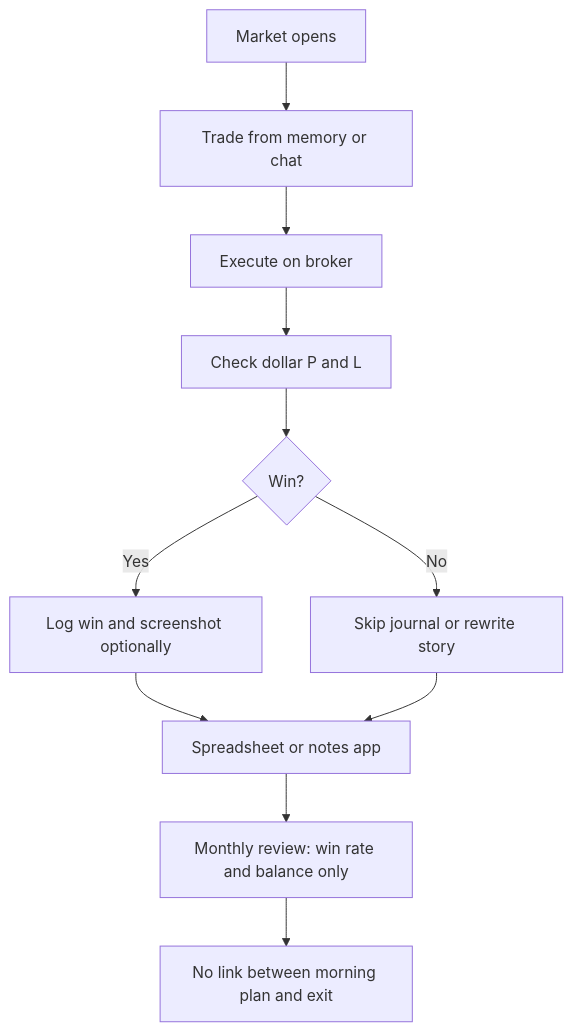
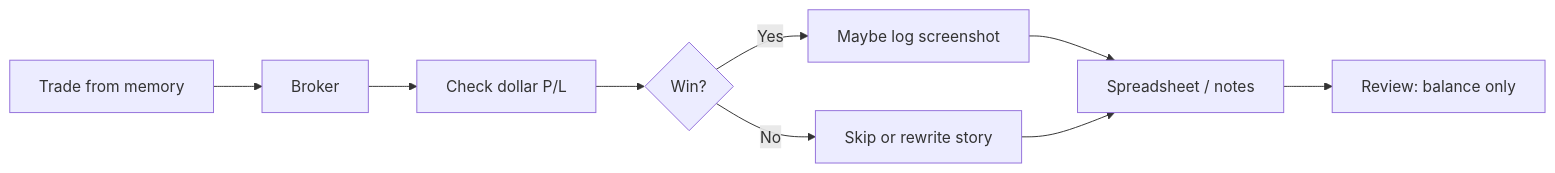
The first of 3 diagrams in docs/05-process-as-is-to-be.md (jah-guide/journalx-dashboard), drawn with Mermaid before and after one commit. The commit also changed other lines of this file, not shown here.

Commit message:
docs: simplify as-is vs to-be process diagrams

````diff
--- a/docs/05-process-as-is-to-be.md
+++ b/docs/05-process-as-is-to-be.md
@@ -13,13 +21,21 @@
 ```mermaid
-flowchart TD
-  A[Market opens] --> B[Trade from memory or chat]
-  B --> C[Execute on broker]
-  C --> D[Check dollar P and L]
-  D --> E{Win?}
-  E -->|Yes| F[Log win and screenshot optionally]
-  E -->|No| G[Skip journal or rewrite story]
-  F --> H[Spreadsheet or notes app]
-  G --> H
-  H --> I[Monthly review: win rate and balance only]
-  I --> J[No link between morning plan and exit]
+
+flowchart LR
+
+  A[Trade from memory] --> B[Broker]
+
+  B --> C[Check dollar P/L]
+
+  C --> D{Win?}
+
+  D -->|Yes| E[Maybe log screenshot]
+
+  D -->|No| F[Skip or rewrite story]
+
+  E --> G[Spreadsheet / notes]
+
+  F --> G
+
+  G --> H[Review: balance only]
+
 ```
````
